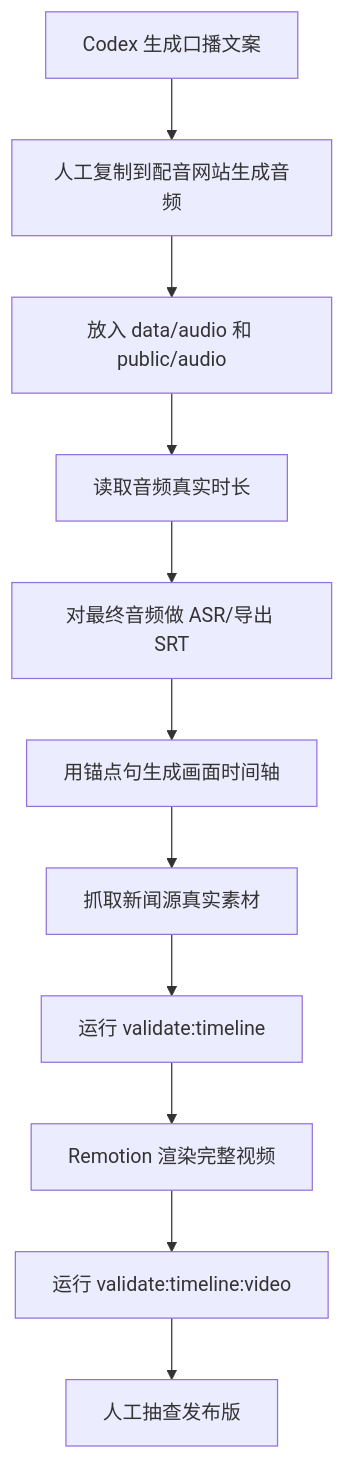
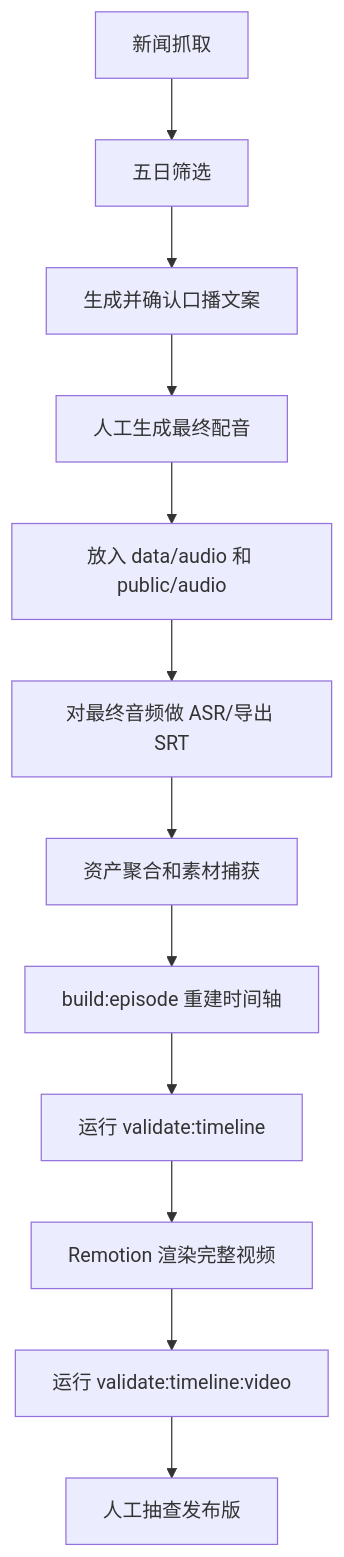
The diagram in docs/audio-video-sync-workflow.md (1957945631/tech-media-video-automation), drawn with Mermaid before and after one commit. The commit also changed other lines of this file and 20 other files, not shown here.

````diff
--- a/docs/audio-video-sync-workflow.md
+++ b/docs/audio-video-sync-workflow.md
@@ -143,13 +149,14 @@
 ```mermaid
 flowchart TD
-  A["Codex 生成口播文案"] --> B["人工复制到配音网站生成音频"]
-  B --> C["放入 data/audio 和 public/audio"]
-  C --> D["读取音频真实时长"]
-  D --> E["对最终音频做 ASR/导出 SRT"]
-  E --> F["用锚点句生成画面时间轴"]
-  F --> G["抓取新闻源真实素材"]
-  G --> H["运行 validate:timeline"]
-  H --> I["Remotion 渲染完整视频"]
-  I --> J["运行 validate:timeline:video"]
-  J --> K["人工抽查发布版"]
+  A["新闻抓取"] --> B["五日筛选"]
+  B --> C["生成并确认口播文案"]
+  C --> D["人工生成最终配音"]
+  D --> E["放入 data/audio 和 public/audio"]
+  E --> F["对最终音频做 ASR/导出 SRT"]
+  F --> G["资产聚合和素材捕获"]
+  G --> H["build:episode 重建时间轴"]
+  H --> I["运行 validate:timeline"]
+  I --> J["Remotion 渲染完整视频"]
+  J --> K["运行 validate:timeline:video"]
+  K --> L["人工抽查发布版"]
 ```
````
